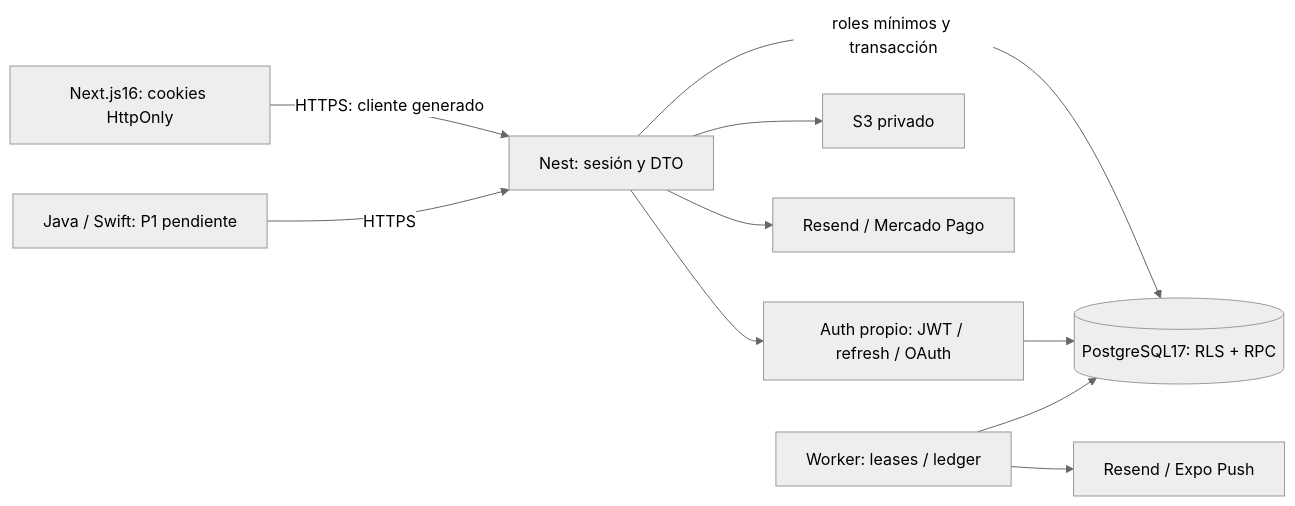
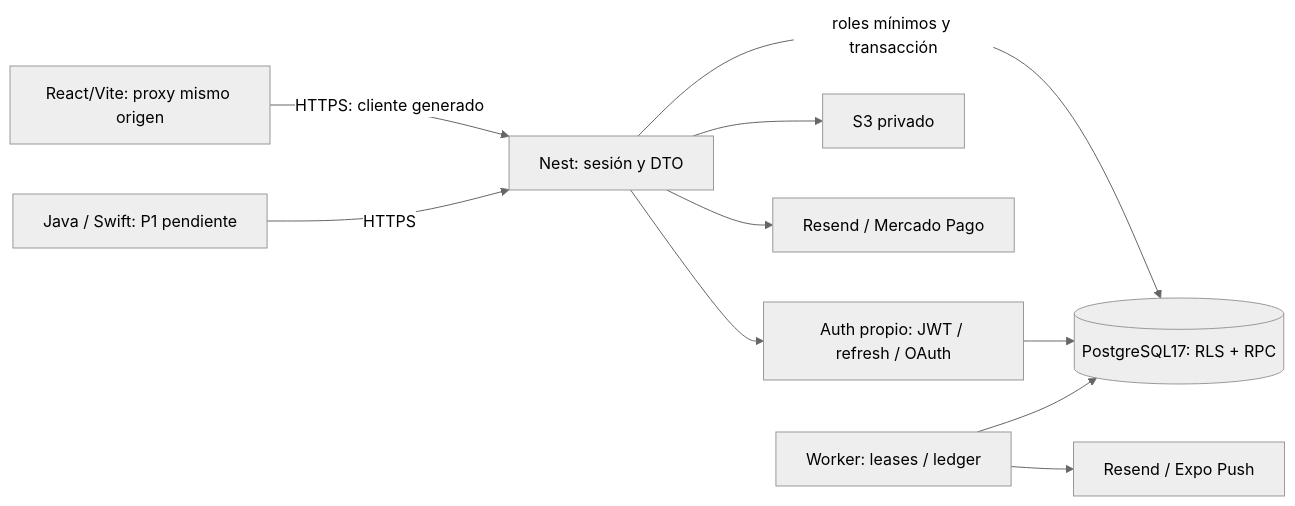
One commit to AlexxSome/asisteam changed the diagram in docs/06-arquitectura-y-stack.md. Above: the diagram before and after it, drawn with Mermaid (neutral theme). The commit also changed other lines of this file and 555 other files, not shown here.

Commit message:
Retira Next y consolida la web React/Vite con contratos y QA preservados (#222)

````diff
--- a/docs/06-arquitectura-y-stack.md
+++ b/docs/06-arquitectura-y-stack.md
@@ -19,12 +19,12 @@
 ```mermaid
 flowchart LR
-  W[Next.js16: cookies HttpOnly] -->|HTTPS: cliente generado| A[Nest: sesión y DTO]
+  W[React/Vite: proxy mismo origen] -->|HTTPS: cliente generado| A[Nest: sesión y DTO]
   M[Java / Swift: P1 pendiente] -->|HTTPS| A
   A -->|roles mínimos y transacción| P[(PostgreSQL17: RLS + RPC)]
   A --> N[Auth propio: JWT / refresh / OAuth]
   N --> P
   A --> S[S3 privado]
   A --> E[Resend / Mercado Pago]
   J[Worker: leases / ledger] --> P
   J --> X[Resend / Expo Push]
 ```
````
